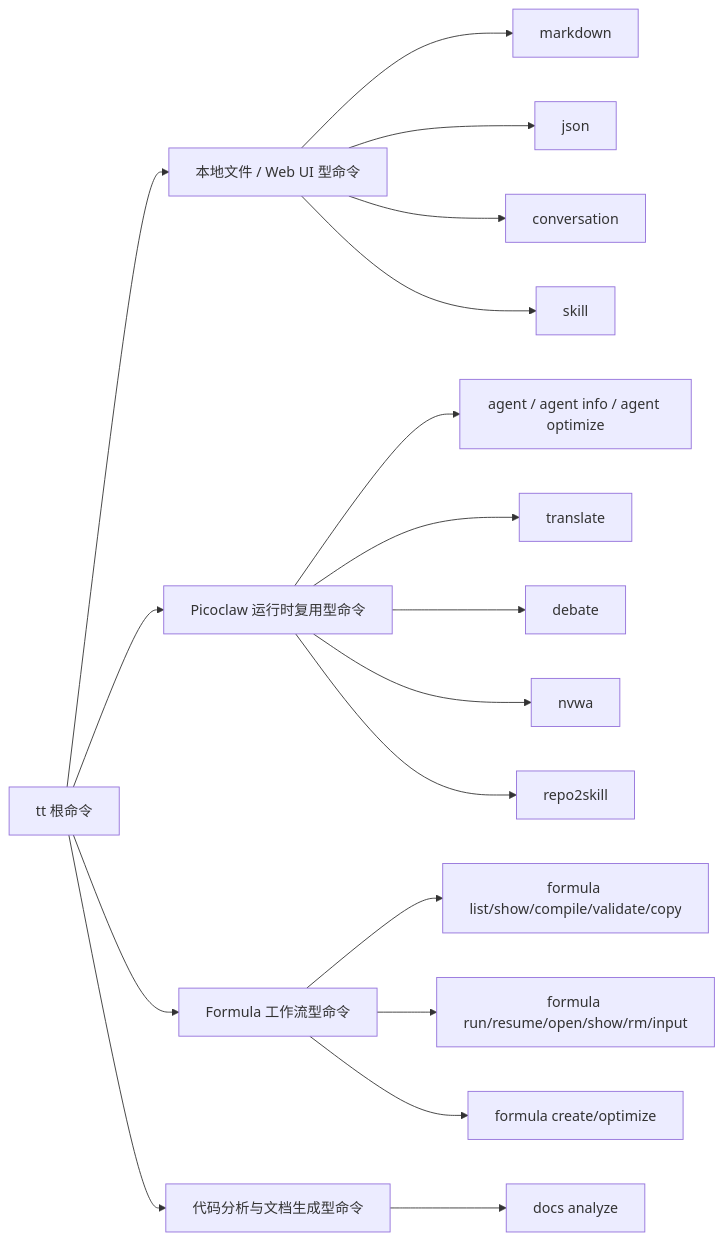
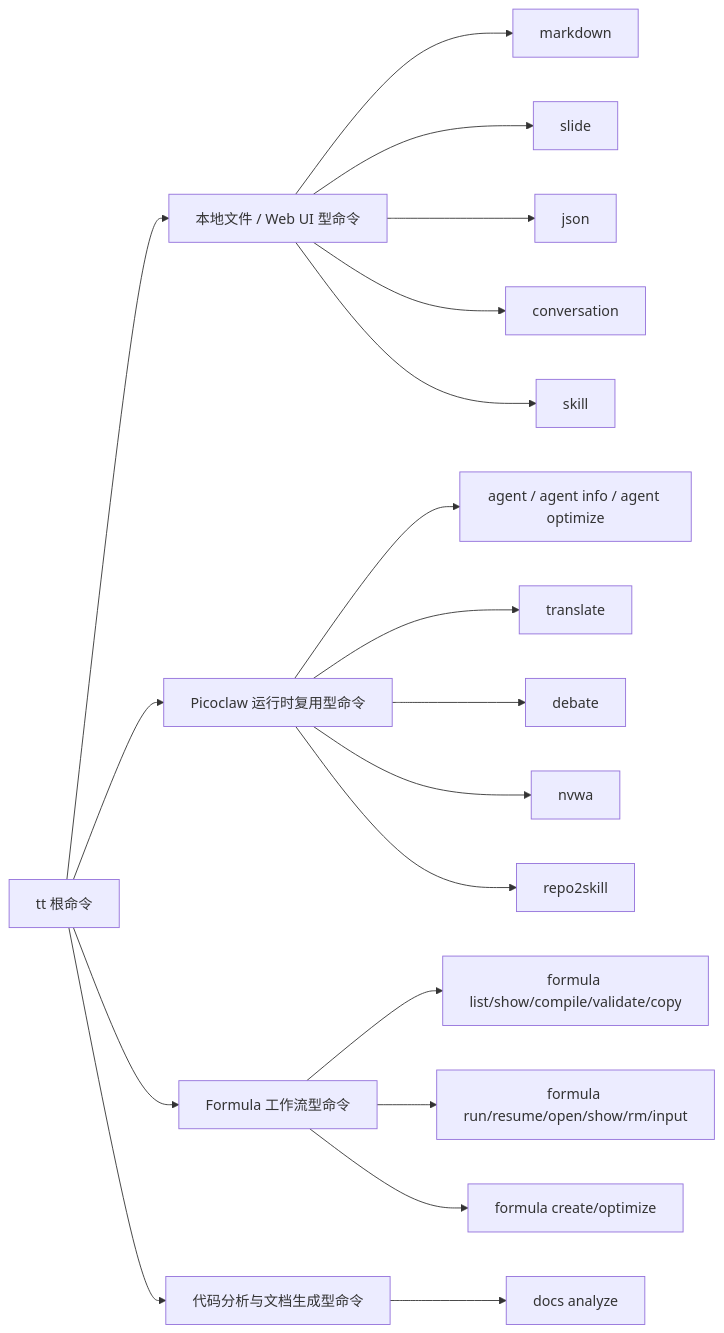
One commit to sjzsdu/tt changed the first of 2 diagrams in ai-docs/overview.md. Above: the diagram before and after it, drawn with Mermaid. The commit also changed other lines of this file and 15 other files, not shown here.

````diff
--- a/ai-docs/overview.md
+++ b/ai-docs/overview.md
@@ -22,24 +22,25 @@
 ```mermaid
 flowchart LR
     A[tt 根命令] --> B[本地文件 / Web UI 型命令]
     A --> C[Picoclaw 运行时复用型命令]
     A --> D[Formula 工作流型命令]
     A --> E[代码分析与文档生成型命令]
 
     B --> B1[markdown]
-    B --> B2[json]
-    B --> B3[conversation]
-    B --> B4[skill]
+    B --> B2[slide]
+    B --> B3[json]
+    B --> B4[conversation]
+    B --> B5[skill]
 
     C --> C1[agent / agent info / agent optimize]
     C --> C2[translate]
     C --> C3[debate]
     C --> C4[nvwa]
     C --> C5[repo2skill]
 
     D --> D1[formula list/show/compile/validate/copy]
     D --> D2[formula run/resume/open/show/rm/input]
     D --> D3[formula create/optimize]
 
     E --> E1[docs analyze]
 ```
````
